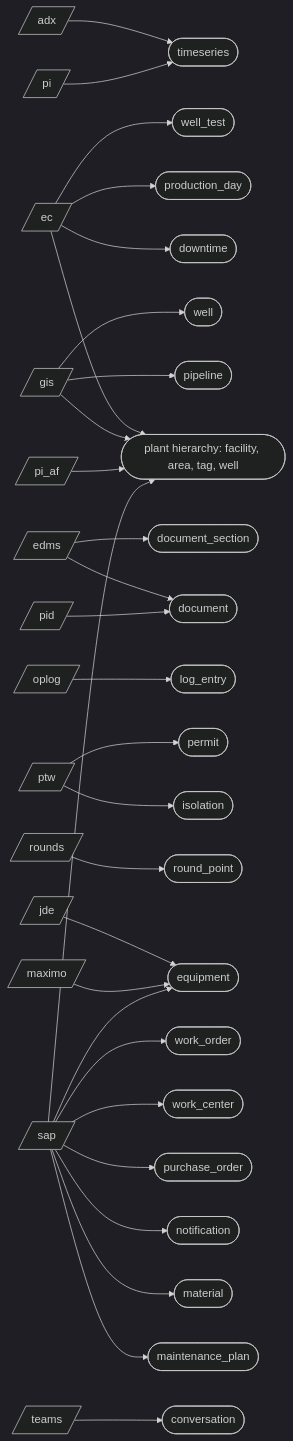
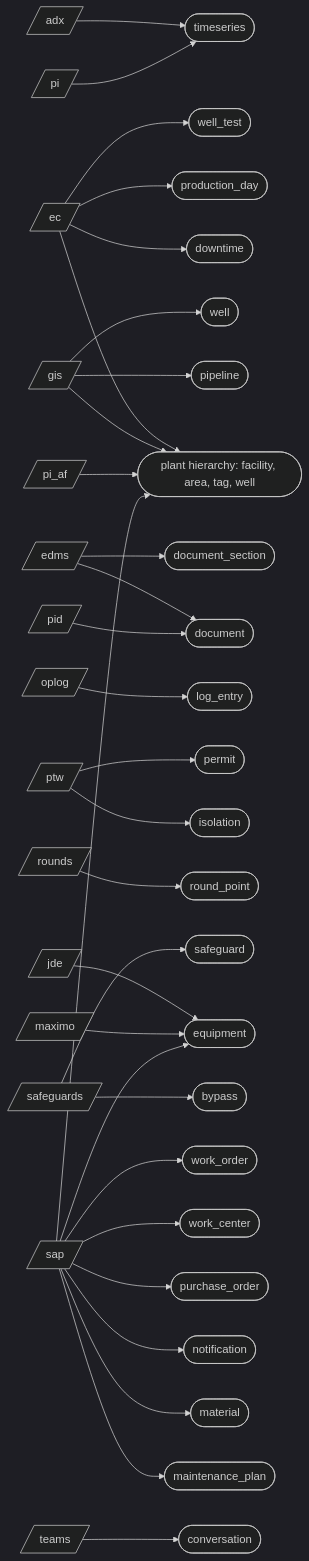
The second of 3 diagrams in docs/architecture.md (areed145/fuzer), drawn with Mermaid (dark theme) before and after one commit. The commit also changed other lines of this file and 11 other files, not shown here.

First line of the commit message:
Safeguard and bypass registers as a source; an overdue bypass is work for the ops lead (P3.9a, #763)

````diff
--- a/docs/architecture.md
+++ b/docs/architecture.md
@@ -79,66 +79,71 @@
 ```mermaid
 flowchart LR
   src_adx[/"adx"/]
   src_ec[/"ec"/]
   src_edms[/"edms"/]
   src_gis[/"gis"/]
   src_jde[/"jde"/]
   src_maximo[/"maximo"/]
   src_oplog[/"oplog"/]
   src_pi[/"pi"/]
   src_pi_af[/"pi_af"/]
   src_pid[/"pid"/]
   src_ptw[/"ptw"/]
   src_rounds[/"rounds"/]
+  src_safeguards[/"safeguards"/]
   src_sap[/"sap"/]
   src_teams[/"teams"/]
+  kind_bypass(["bypass"])
   kind_conversation(["conversation"])
   kind_document(["document"])
   kind_document_section(["document_section"])
   kind_downtime(["downtime"])
   kind_equipment(["equipment"])
   kind_isolation(["isolation"])
   kind_log_entry(["log_entry"])
   kind_maintenance_plan(["maintenance_plan"])
   kind_material(["material"])
   kind_notification(["notification"])
   kind_permit(["permit"])
   kind_pipeline(["pipeline"])
   kind_plant_hierarchy__facility__area__tag__well(["plant hierarchy: facility, area, tag, well"])
   kind_production_day(["production_day"])
   kind_purchase_order(["purchase_order"])
   kind_round_point(["round_point"])
+  kind_safeguard(["safeguard"])
   kind_timeseries(["timeseries"])
   kind_well(["well"])
   kind_well_test(["well_test"])
   kind_work_center(["work_center"])
   kind_work_order(["work_order"])
   src_adx --> kind_timeseries
   src_ec --> kind_downtime
   src_ec --> kind_plant_hierarchy__facility__area__tag__well
   src_ec --> kind_production_day
   src_ec --> kind_well_test
   src_edms --> kind_document
   src_edms --> kind_document_section
   src_gis --> kind_pipeline
   src_gis --> kind_plant_hierarchy__facility__area__tag__well
   src_gis --> kind_well
   src_jde --> kind_equipment
   src_maximo --> kind_equipment
   src_oplog --> kind_log_entry
   src_pi --> kind_timeseries
   src_pi_af --> kind_plant_hierarchy__facility__area__tag__well
   src_pid --> kind_document
   src_ptw --> kind_isolation
   src_ptw --> kind_permit
   src_rounds --> kind_round_point
+  src_safeguards --> kind_bypass
+  src_safeguards --> kind_safeguard
   src_sap --> kind_equipment
   src_sap --> kind_maintenance_plan
   src_sap --> kind_material
   src_sap --> kind_notification
   src_sap --> kind_plant_hierarchy__facility__area__tag__well
   src_sap --> kind_purchase_order
   src_sap --> kind_work_center
   src_sap --> kind_work_order
   src_teams --> kind_conversation
 ```
````
